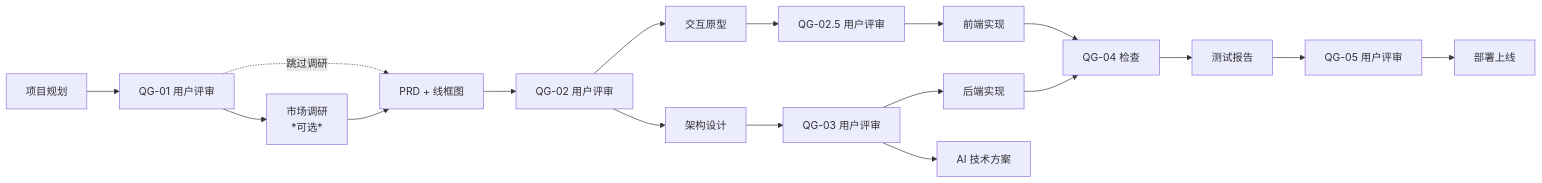
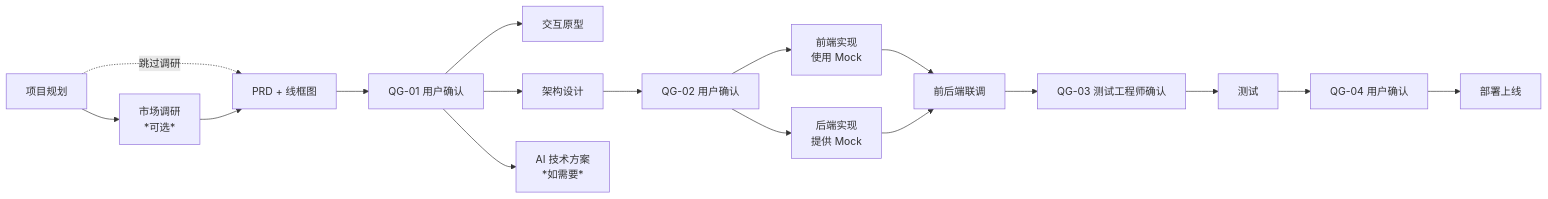
Before and after one commit to bignof/Agent-Team-Framework: the diagram in .claude/doc/PROJECT_INDEX.md, drawn with Mermaid. The commit also changed other lines of this file and 20 other files, not shown here.

````diff
--- a/.claude/doc/PROJECT_INDEX.md
+++ b/.claude/doc/PROJECT_INDEX.md
@@ -110,20 +110,19 @@
 ```mermaid
 graph LR
-    P[项目规划] --> A[QG-01 用户评审]
-    A --> B[市场调研<br/>*可选*]
-    A -.->|跳过调研 | C
+    P[项目规划] --> B[市场调研<br/>*可选*]
+    P -.->|跳过调研| C
     B --> C[PRD + 线框图]
-    C --> D[QG-02 用户评审]
-    D --> E[交互原型]
-    D --> F[架构设计]
-    E --> G[QG-02.5 用户评审]
-    F --> H[QG-03 用户评审]
-    G --> I[前端实现]
-    H --> J[后端实现]
-    H --> K[AI 技术方案]
-    I --> L[QG-04 检查]
+    C --> QG1[QG-01 用户确认]
+    QG1 --> E[交互原型]
+    QG1 --> F[架构设计]
+    QG1 --> K[AI 技术方案<br/>*如需要*]
+    F --> QG2[QG-02 用户确认]
+    QG2 --> I[前端实现<br/>使用 Mock]
+    QG2 --> J[后端实现<br/>提供 Mock]
+    I --> L[前后端联调]
     J --> L
-    L --> M[测试报告]
-    M --> N[QG-05 用户评审]
-    N --> O[部署上线]
+    L --> QG3[QG-03 测试工程师确认]
+    QG3 --> M[测试]
+    M --> QG4[QG-04 用户确认]
+    QG4 --> O[部署上线]
 ```
````
